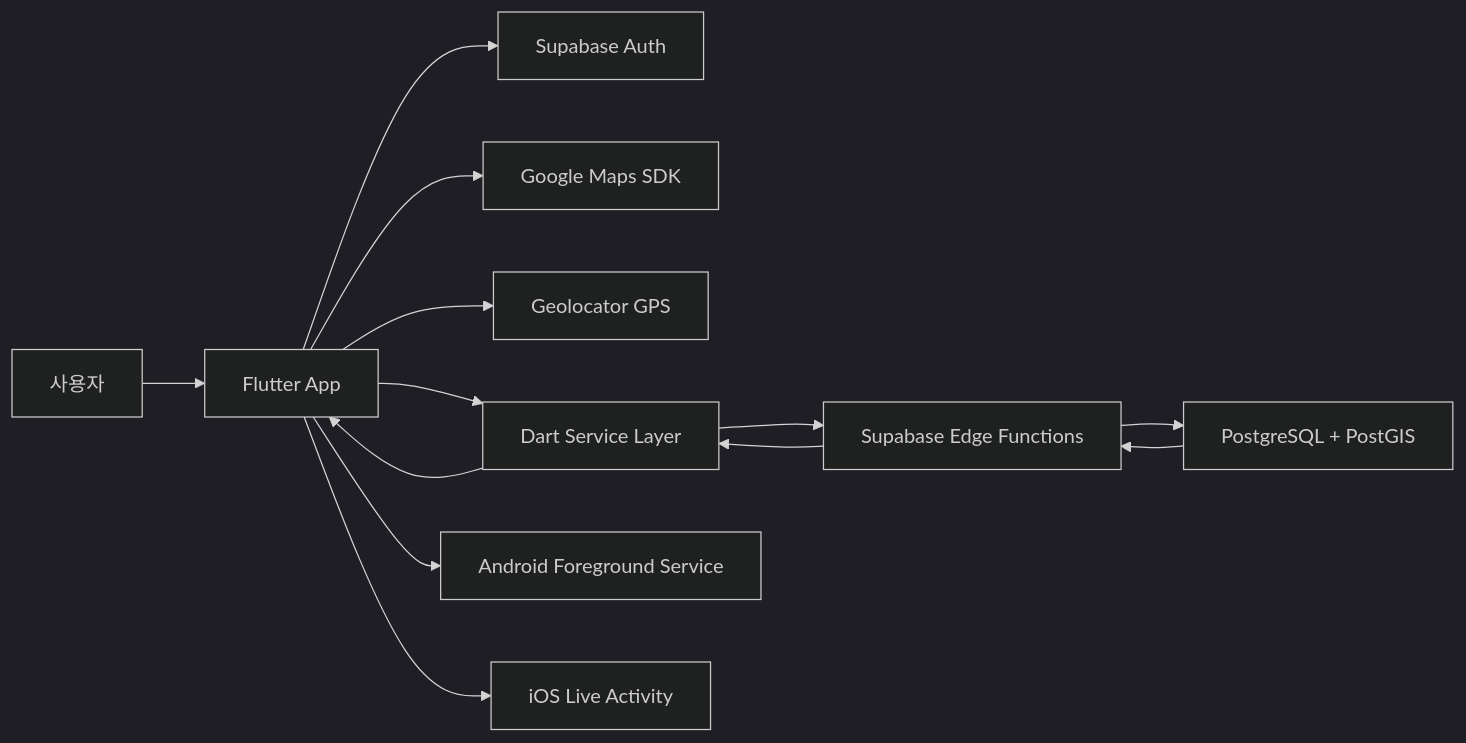
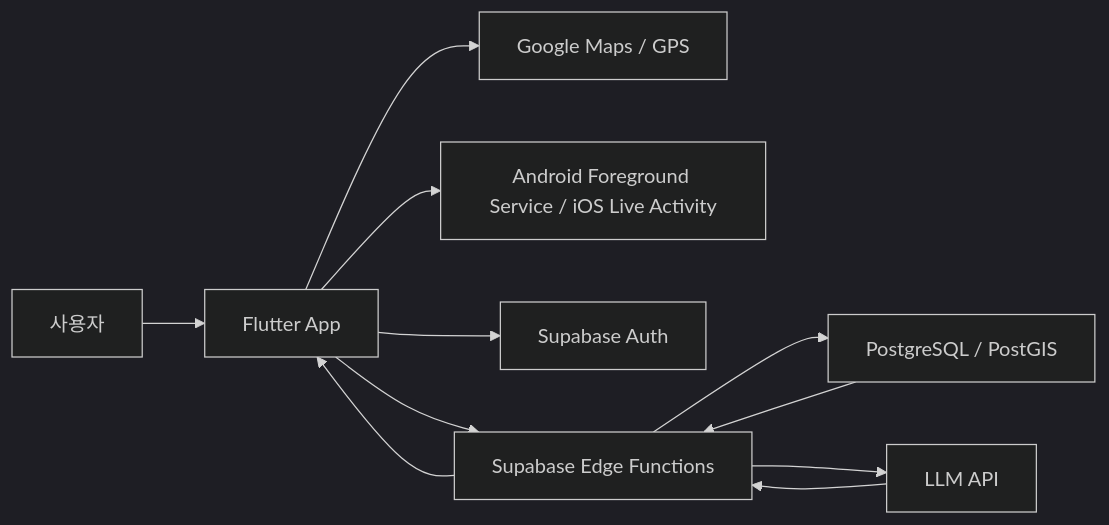
The first of 3 diagrams in README.md (redbrick01/Runner.io), drawn with Mermaid (dark theme) before and after one commit. The commit also changed other lines of this file and 436 other files, not shown here.

````diff
--- a/README.md
+++ b/README.md
@@ -78,15 +135,13 @@
 ```mermaid
 flowchart LR
-  User["사용자"] --> Flutter["Flutter App"]
-  Flutter --> Auth["Supabase Auth"]
-  Flutter --> Maps["Google Maps SDK"]
-  Flutter --> Location["Geolocator GPS"]
-  Flutter --> Services["Dart Service Layer"]
-  Services --> Edge["Supabase Edge Functions"]
-  Edge --> DB["PostgreSQL + PostGIS"]
-  DB --> Edge
-  Edge --> Services
-  Services --> Flutter
-  Flutter --> Android["Android Foreground Service"]
-  Flutter --> IOS["iOS Live Activity"]
+  U["사용자"] --> A["Flutter App"]
+  A --> M["Google Maps / GPS"]
+  A --> N["Android Foreground Service / iOS Live Activity"]
+  A --> S["Supabase Auth"]
+  A --> F["Supabase Edge Functions"]
+  F --> D["PostgreSQL / PostGIS"]
+  F --> L["LLM API"]
+  D --> F
+  L --> F
+  F --> A
 ```
````
